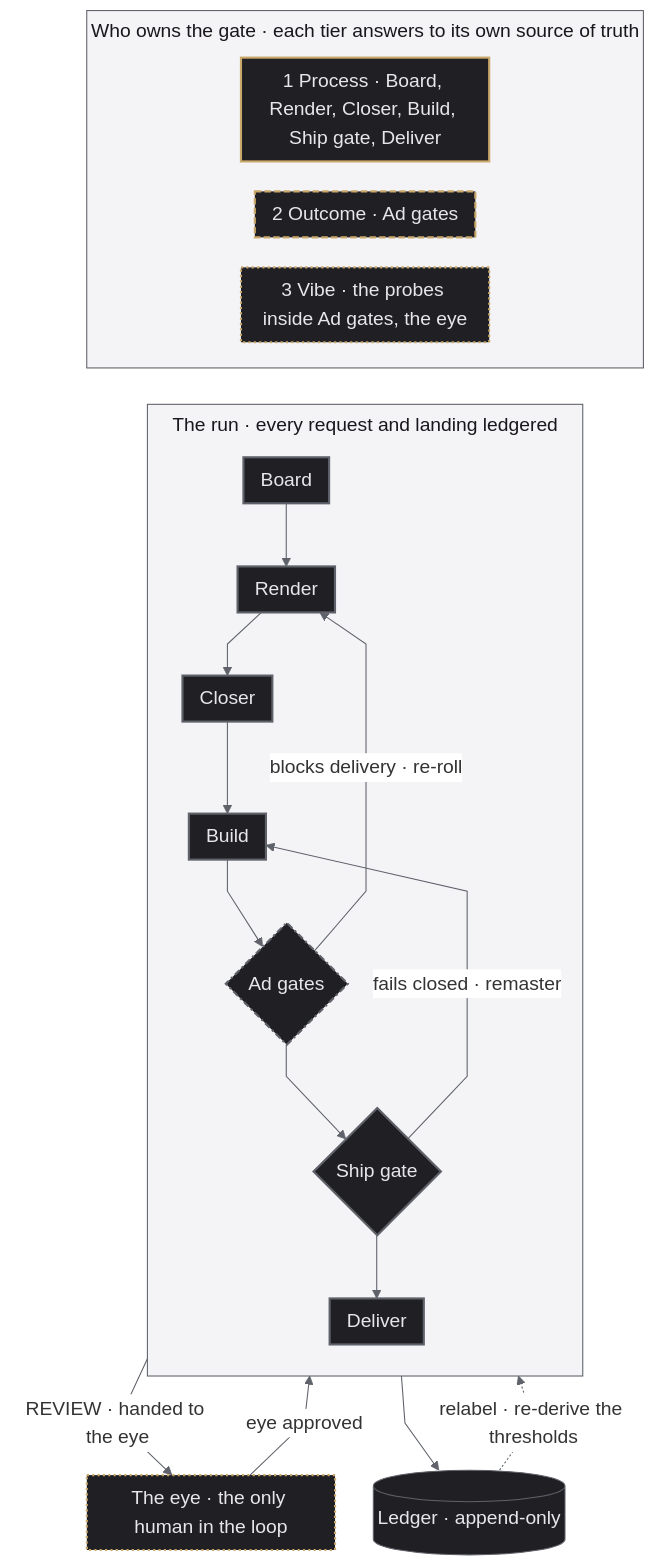
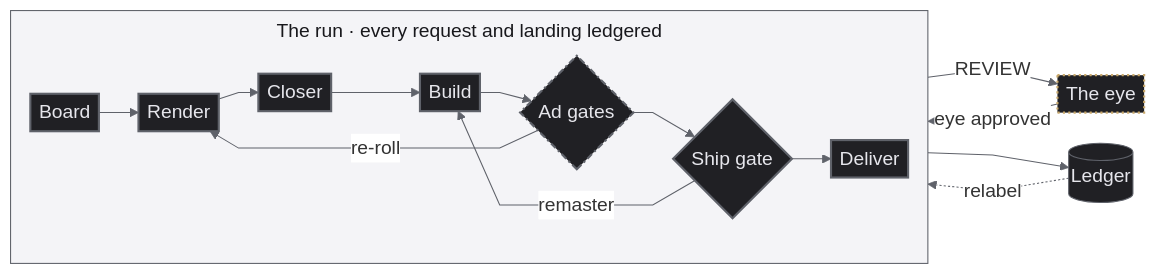
Before and after one commit to jameswniu/ad-creative-pipeline-multimodal-evals: the diagram in README.md, drawn with Mermaid. The commit also changed other lines of this file and 1 other file, not shown here.

Commit message:
Lay the loop graph out left to right so it fills the column, and move who owns the gate into a table under it

````diff
--- a/README.md
+++ b/README.md
@@ -320,46 +320,32 @@
 ```mermaid
-%%{init: {'flowchart': {'curve': 'linear', 'nodeSpacing': 28, 'rankSpacing': 34, 'padding': 8, 'subGraphTitleMargin': {'top': 6, 'bottom': 14}}, 'themeVariables': {'fontSize': '18px', 'lineColor': '#5f626a', 'edgeLabelBackground': '#ffffff', 'clusterBkg': '#f4f4f7', 'clusterBorder': '#5f626a', 'titleColor': '#18181c'}}}%%
-flowchart TD
-    subgraph OWN["Who owns the gate · each tier answers to its own source of truth"]
-        direction LR
-        P["1 Process · Board, Render, Closer, Build, Ship gate, Deliver"]
-        O["2 Outcome · Ad gates"]
-        V["3 Vibe · the probes inside Ad gates, the eye"]
-    end
+%%{init: {'flowchart': {'curve': 'linear', 'nodeSpacing': 20, 'rankSpacing': 12, 'padding': 4, 'subGraphTitleMargin': {'top': 6, 'bottom': 14}}, 'themeVariables': {'fontSize': '18px', 'lineColor': '#5f626a', 'edgeLabelBackground': '#ffffff', 'clusterBkg': '#f4f4f7', 'clusterBorder': '#5f626a', 'titleColor': '#18181c'}}}%%
+flowchart LR
+    L[("Ledger")]
+    L -.->|"relabel"| B
 
     subgraph RUN["The run · every request and landing ledgered"]
-        direction TB
+        direction LR
         B["Board"] --> R["Render"] --> C["Closer"] --> BU["Build"] --> AG{"Ad gates"} --> SG{"Ship gate"} --> D["Deliver"]
     end
 
-    EYE["The eye · the only human in the loop"]
-    L[("Ledger · append-only")]
+    EYE["The eye"]
 
-    P ~~~ B
-    O ~~~ B
-    V ~~~ B
-    AG -->|"blocks delivery · re-roll"| R
-    AG -->|"REVIEW · handed to the eye"| EYE
-    EYE -->|"eye approved"| SG
-    SG -->|"fails closed · remaster"| BU
+    AG -->|"re-roll"| R
+    AG -->|"REVIEW"| EYE
+    EYE -->|"eye approved"| AG
+    SG -->|"remaster"| BU
     D --> L
-    L -.->|"relabel · re-derive the thresholds"| B
 
     classDef run fill:#202024,stroke:#5f626a,color:#e6e6ec
     classDef process fill:#202024,stroke:#5f626a,stroke-width:2px,color:#e6e6ec
     classDef outcome fill:#202024,stroke:#5f626a,stroke-width:2px,stroke-dasharray:6 3,color:#e6e6ec
     classDef vibe fill:#202024,stroke:#c9a86a,stroke-width:2px,stroke-dasharray:2 3,color:#e6e6ec
-    classDef legendProcess fill:#202024,stroke:#c9a86a,stroke-width:2px,color:#e6e6ec
-    classDef legendOutcome fill:#202024,stroke:#c9a86a,stroke-width:2px,stroke-dasharray:6 3,color:#e6e6ec
     classDef shared fill:#202024,stroke:#5f626a,stroke-width:2px,stroke-dasharray:6 3 2 3,color:#e6e6ec
     class L run
     class B,R,C,BU,SG,D process
     class AG outcome
     class AG vibe
     class AG shared
-    class V,EYE vibe
-    class P legendProcess
-    class O legendOutcome
-    style OWN fill:#f4f4f7,stroke:#5f626a,color:#18181c
+    class EYE vibe
     style RUN fill:#f4f4f7,stroke:#5f626a,color:#18181c
 ```
````
